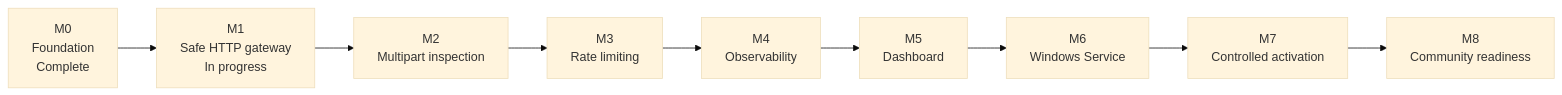
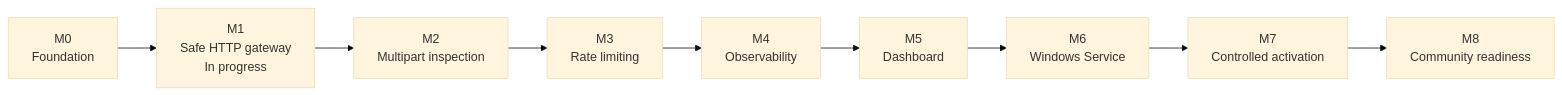
The third of 3 diagrams in README.md (peopleworks/WPShield), drawn with Mermaid (base theme) before and after one commit. The commit also changed other lines of this file and 34 other files, not shown here.

````diff
--- a/README.md
+++ b/README.md
@@ -289,14 +535,14 @@
 ```mermaid
 flowchart LR
-    M0["M0<br/>Foundation<br/>Complete"]
+    M0["M0<br/>Foundation"]
     M1["M1<br/>Safe HTTP gateway<br/>In progress"]
     M2["M2<br/>Multipart inspection"]
     M3["M3<br/>Rate limiting"]
     M4["M4<br/>Observability"]
     M5["M5<br/>Dashboard"]
     M6["M6<br/>Windows Service"]
     M7["M7<br/>Controlled activation"]
     M8["M8<br/>Community readiness"]
 
     M0 --> M1 --> M2 --> M3 --> M4 --> M5 --> M6 --> M7 --> M8
 ```
````
